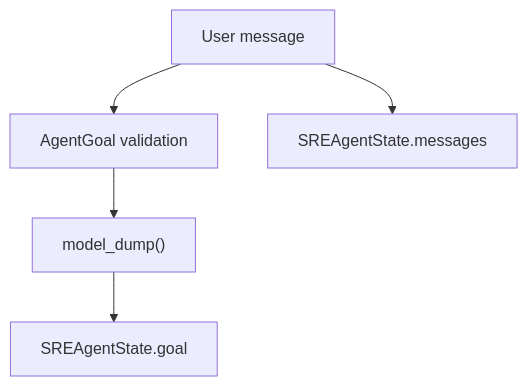
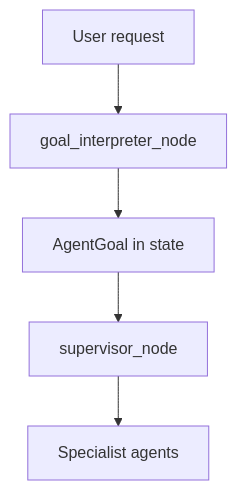
One commit to igortin/my-autonomous-agent changed the diagram in README.md. Above: the diagram before and after it, drawn with Mermaid. The commit also changed other lines of this file and 5 other files, not shown here.

````diff
--- a/README.md
+++ b/README.md
@@ -9,7 +32,7 @@
-```mermaid
+``` mermaid
 flowchart TD
-    A["User message"] --> B["AgentGoal validation"]
-    B --> C["model_dump()"]
-    C --> D["SREAgentState.goal"]
-    A --> E["SREAgentState.messages"]
+    A["User request"] --> B["goal_interpreter_node"]
+    B --> C["AgentGoal in state"]
+    C --> D["supervisor_node"]
+    D --> E["Specialist agents"]
 ```
````
